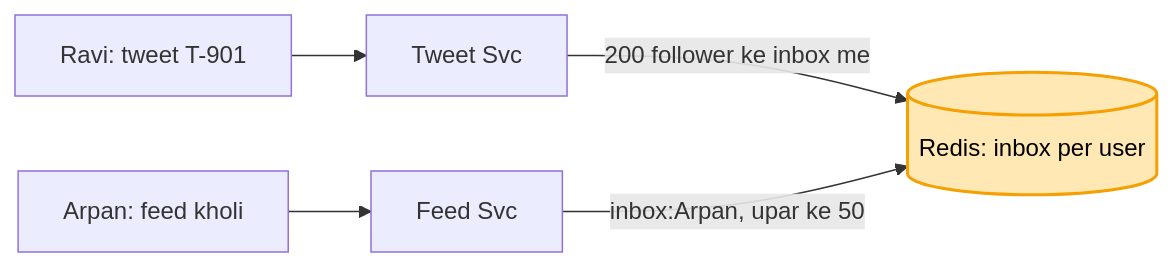
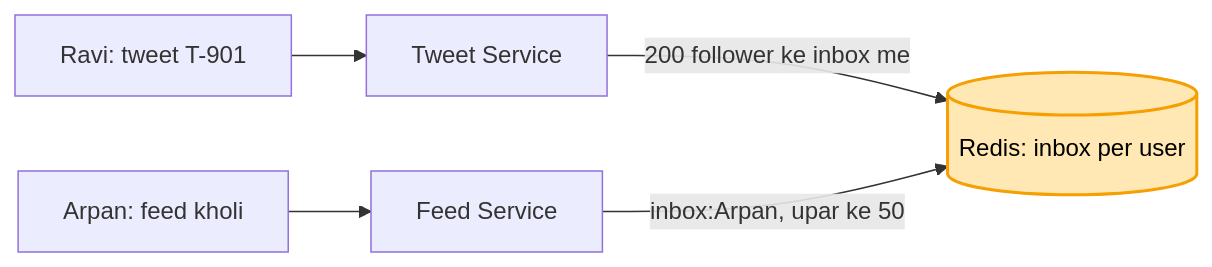
One commit to ArpanMaheshwari144/Prep changed the second of 9 diagrams in 04_HLD/SYSTEM_DESIGNS/03_twitter_feed/03_twitter_feed.md. Above: the diagram before and after it, drawn with Mermaid. The commit also changed other lines of this file and 8 other files, not shown here.

````diff
--- a/04_HLD/SYSTEM_DESIGNS/03_twitter_feed/03_twitter_feed.md
+++ b/04_HLD/SYSTEM_DESIGNS/03_twitter_feed/03_twitter_feed.md
@@ -85,8 +85,8 @@
 ```mermaid
 flowchart LR
-    R["Ravi: tweet T-901"] --> TS["Tweet Svc"]
+    R["Ravi: tweet T-901"] --> TS["Tweet Service"]
     TS -- "200 follower ke inbox me" --> IN[("Redis: inbox per user")]
-    U["Arpan: feed kholi"] --> F["Feed Svc"]
+    U["Arpan: feed kholi"] --> F["Feed Service"]
     F -- "inbox:Arpan, upar ke 50" --> IN
     style IN fill:#ffe8b3,stroke:#f59f00,stroke-width:2px,color:#000
 ```
````
